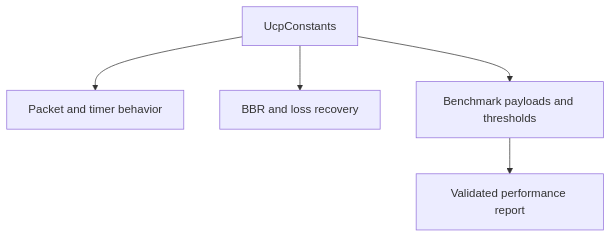
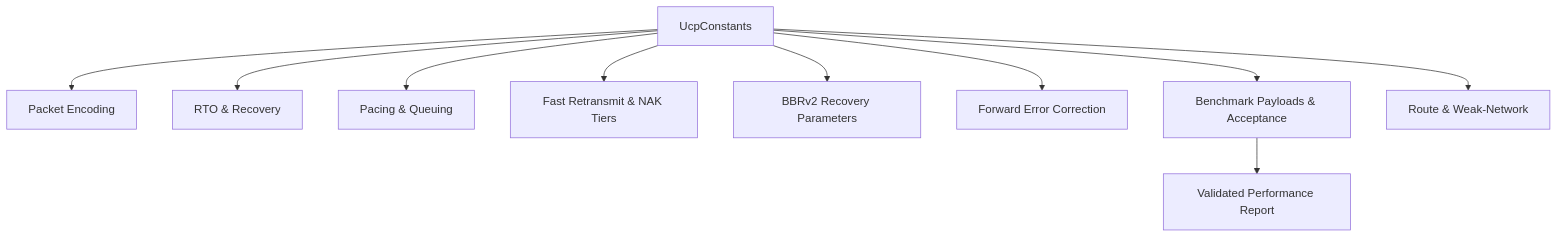
The first of 2 diagrams in docs/constants.md (liulilittle/ucp), drawn with Mermaid before and after one commit. The commit also changed other lines of this file and 17 other files, not shown here.

````diff
--- a/docs/constants.md
+++ b/docs/constants.md
@@ -115,7 +9,13 @@
 ```mermaid
 flowchart TD
-    Constants[UcpConstants] --> Protocol[Packet and timer behavior]
-    Constants --> BBR[BBR and loss recovery]
-    Constants --> Benchmarks[Benchmark payloads and thresholds]
-    Benchmarks --> Report[Validated performance report]
+    Constants[UcpConstants] --> Packet[Packet Encoding]
+    Constants --> RTO[RTO & Recovery]
+    Constants --> Pacing[Pacing & Queuing]
+    Constants --> Recovery[Fast Retransmit & NAK Tiers]
+    Constants --> BBRv2[BBRv2 Recovery Parameters]
+    Constants --> FEC[Forward Error Correction]
+    Constants --> Benchmarks[Benchmark Payloads & Acceptance]
+    Constants --> Route[Route & Weak-Network]
+
+    Benchmarks --> Report[Validated Performance Report]
 ```
````
